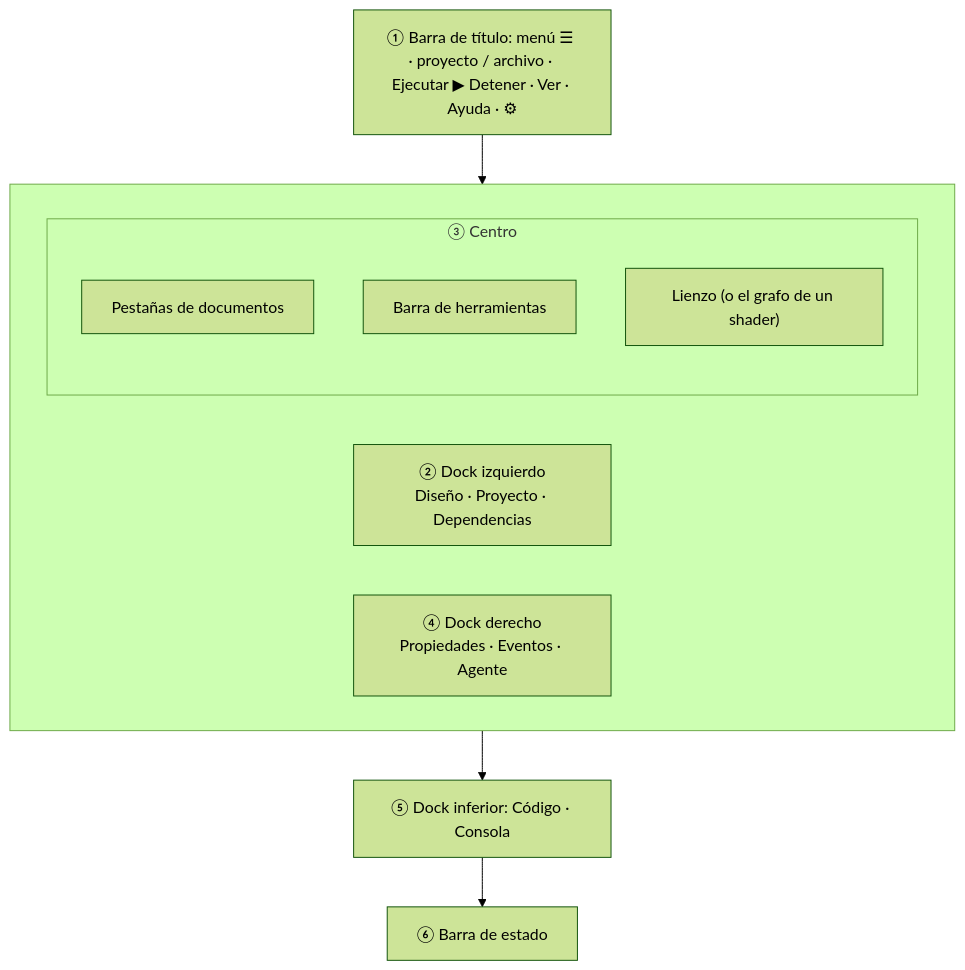
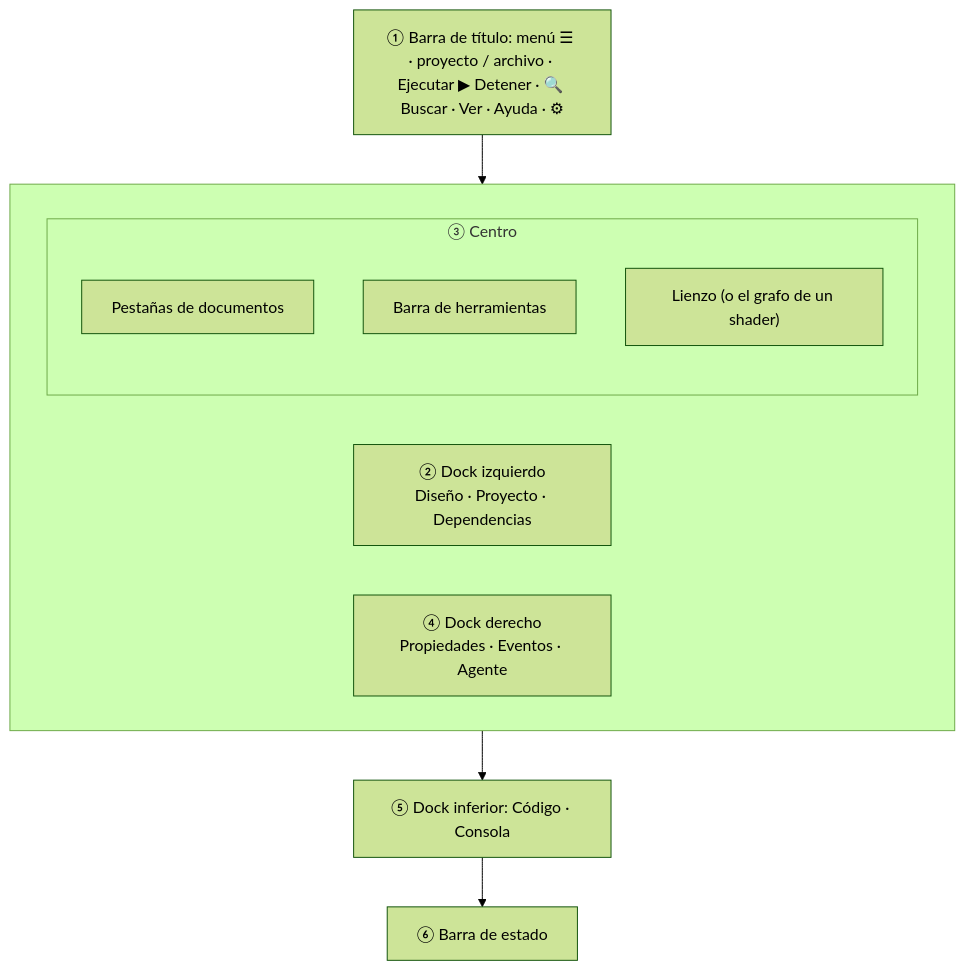
One commit to albakore/pyzed changed the diagram in docs/src/content/docs/es/editor/interface.mdx. Above: the diagram before and after it, drawn with Mermaid (forest theme). The commit also changed other lines of this file and 375 other files, not shown here.

````diff
--- a/docs/src/content/docs/es/editor/interface.mdx
+++ b/docs/src/content/docs/es/editor/interface.mdx
@@ -30,18 +30,18 @@
 ```mermaid
 flowchart TB
-    T["① Barra de título: menú ☰ · proyecto / archivo · Ejecutar ▶ Detener · Ver · Ayuda · ⚙"]
+    T["① Barra de título: menú ☰ · proyecto / archivo · Ejecutar ▶ Detener · 🔍 Buscar · Ver · Ayuda · ⚙"]
     subgraph W[" "]
         direction LR
         L["② Dock izquierdo<br/>Diseño · Proyecto · Dependencias"]
         subgraph C["③ Centro"]
             direction TB
             D["Pestañas de documentos"]
             TB["Barra de herramientas"]
             F["Lienzo (o el grafo de un shader)"]
         end
         R["④ Dock derecho<br/>Propiedades · Eventos · Agente"]
     end
     B["⑤ Dock inferior: Código · Consola"]
     S["⑥ Barra de estado"]
     T --> W --> B --> S
 ```
````
